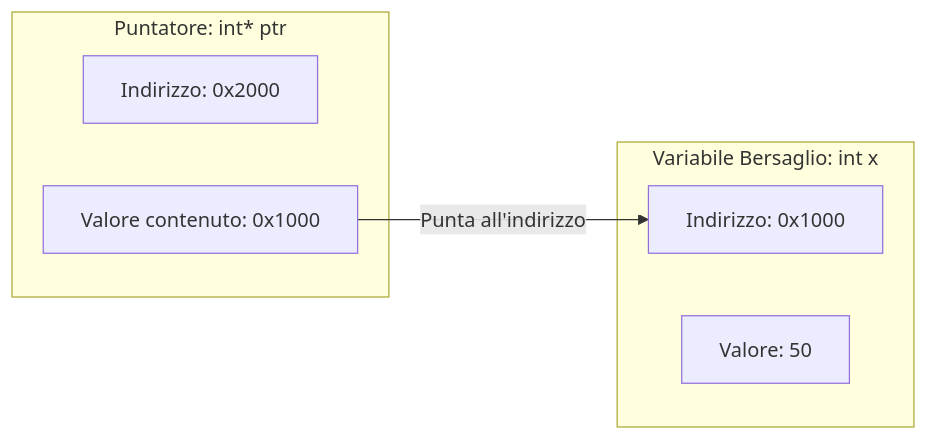
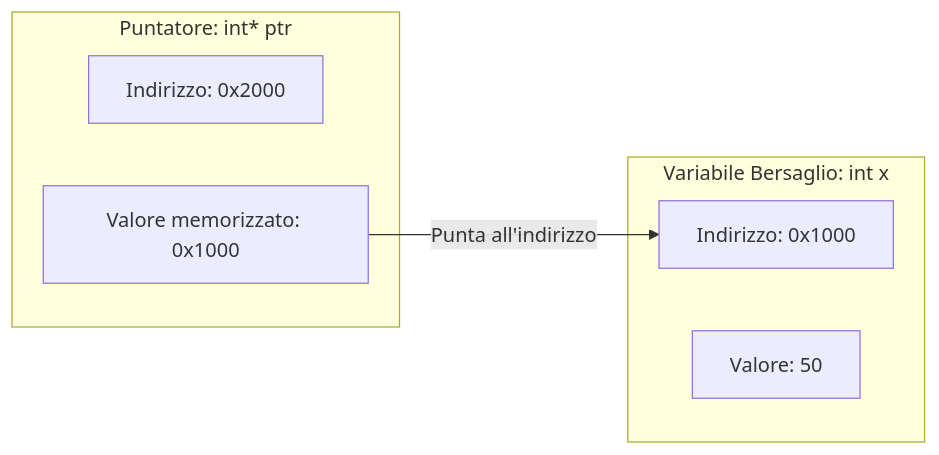
One commit to Ale3086/AppuntiAleCas changed the second of 4 diagrams in content/Informatica/Cpp/Puntatori.md. Above: the diagram before and after it, drawn with Mermaid. The commit also changed other lines of this file and 119 other files, not shown here.

````diff
--- a/content/Informatica/Cpp/Puntatori.md
+++ b/content/Informatica/Cpp/Puntatori.md
@@ -35,14 +48,14 @@
 ```mermaid
 flowchart LR
     subgraph PUNTATORE ["Puntatore: int* ptr"]
         P_IND["Indirizzo: 0x2000"]
-        P_VAL["Valore contenuto: 0x1000"]
+        P_VAL["Valore memorizzato: 0x1000"]
     end
 
     subgraph TARGET ["Variabile Bersaglio: int x"]
         T_IND["Indirizzo: 0x1000"]
         T_VAL["Valore: 50"]
     end
 
     P_VAL -->|"Punta all'indirizzo"| T_IND
 ```
````
